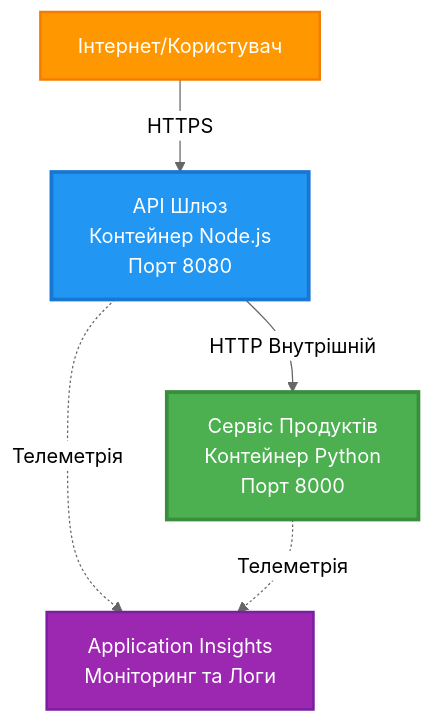
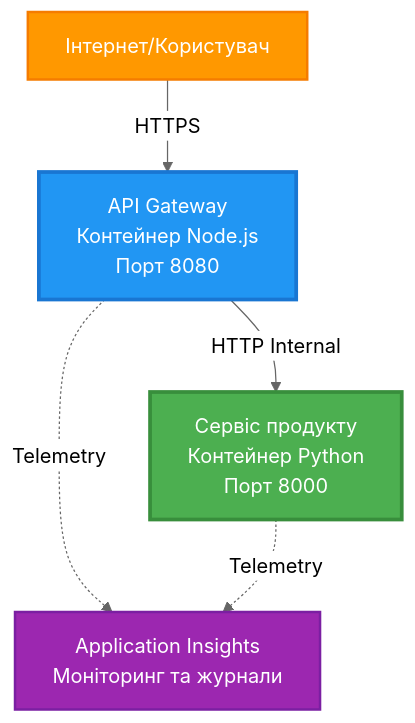
One commit to microsoft/AZD-for-beginners changed the first of 4 diagrams in translations/uk/examples/microservices/README.md. Above: the diagram before and after it, drawn with Mermaid (neutral theme). The commit also changed other lines of this file and 242 other files, not shown here.

````diff
--- a/translations/uk/examples/microservices/README.md
+++ b/translations/uk/examples/microservices/README.md
@@ -40,17 +31,17 @@
 ```mermaid
 graph TB
     Internet[Інтернет/Користувач]
-    Gateway[API Шлюз<br/>Контейнер Node.js<br/>Порт 8080]
-    Product[Сервіс Продуктів<br/>Контейнер Python<br/>Порт 8000]
-    AppInsights[Application Insights<br/>Моніторинг та Логи]
+    Gateway[API Gateway<br/>Контейнер Node.js<br/>Порт 8080]
+    Product[Сервіс продукту<br/>Контейнер Python<br/>Порт 8000]
+    AppInsights[Application Insights<br/>Моніторинг та журнали]
     
     Internet -->|HTTPS| Gateway
-    Gateway -->|HTTP Внутрішній| Product
-    Gateway -.->|Телеметрія| AppInsights
-    Product -.->|Телеметрія| AppInsights
+    Gateway -->|HTTP Internal| Product
+    Gateway -.->|Telemetry| AppInsights
+    Product -.->|Telemetry| AppInsights
     
     style Gateway fill:#2196F3,stroke:#1976D2,stroke-width:3px,color:#fff
     style Product fill:#4CAF50,stroke:#388E3C,stroke-width:3px,color:#fff
     style Internet fill:#FF9800,stroke:#F57C00,stroke-width:2px,color:#fff
     style AppInsights fill:#9C27B0,stroke:#7B1FA2,stroke-width:2px,color:#fff
-```
+```  
````
